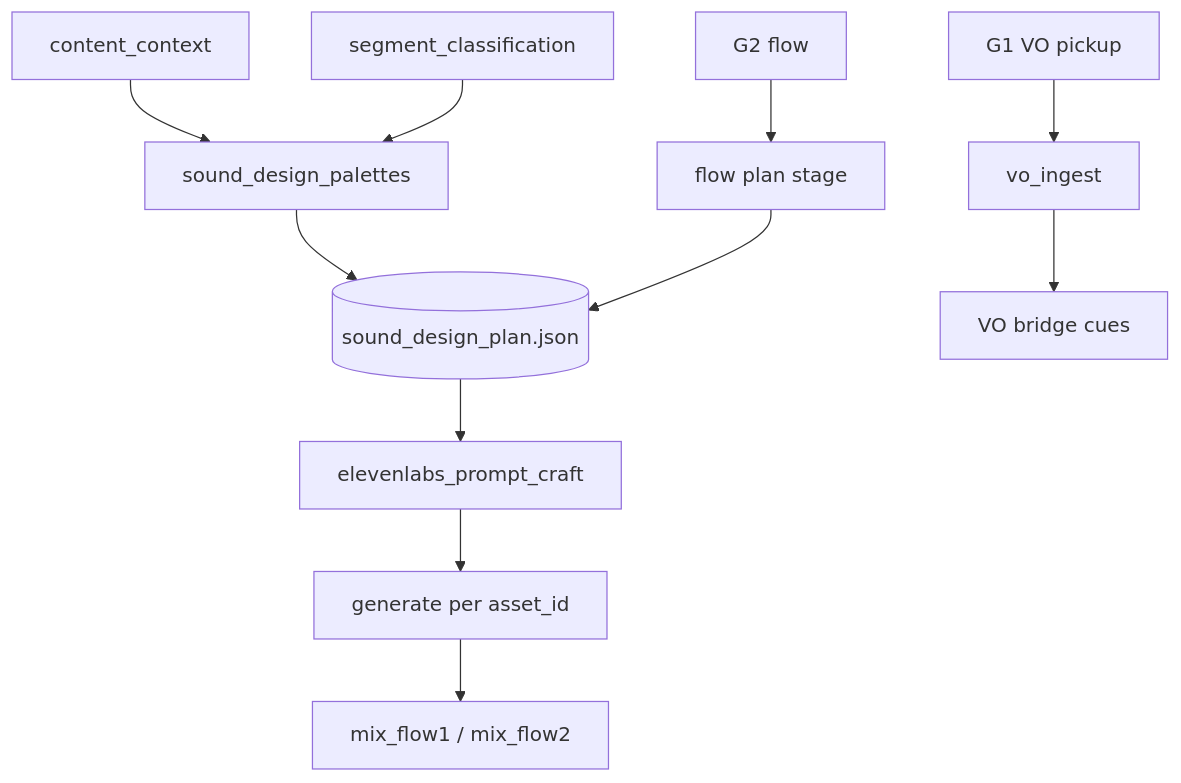
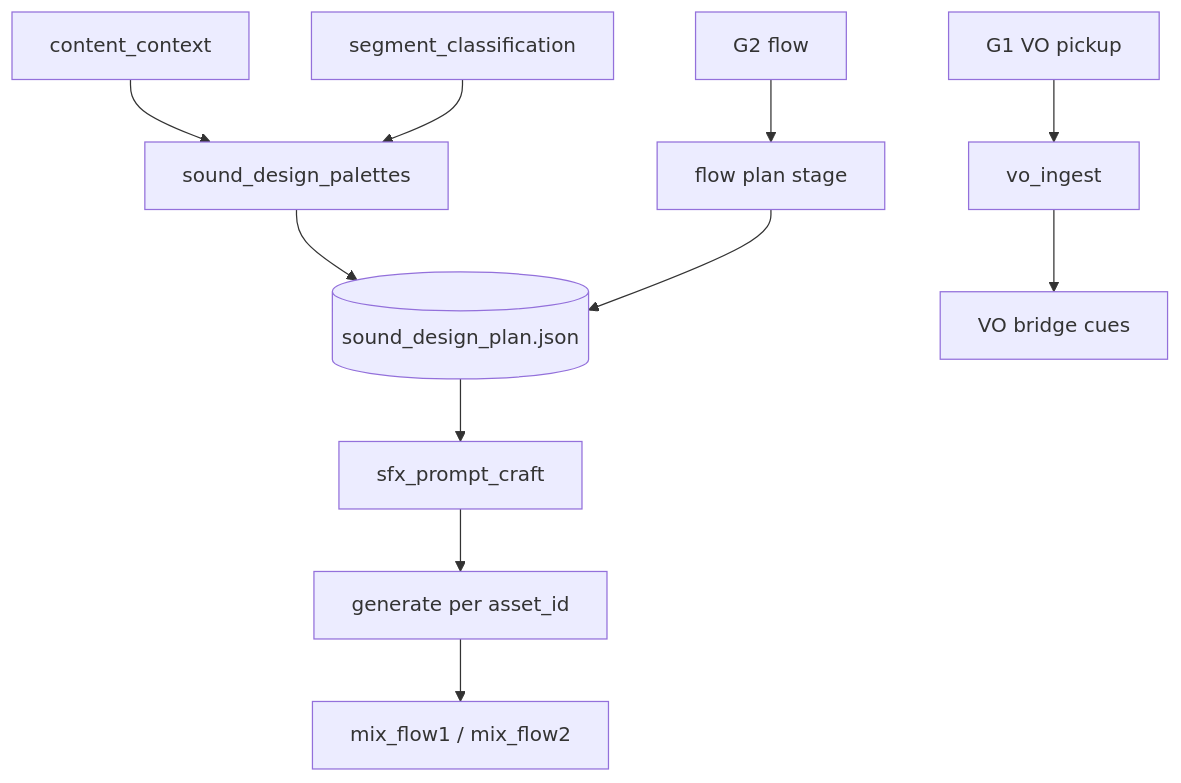
The first of 2 diagrams in docs/cross-cutting/sound-design.md (NicketUttarwar/interview_helper_mux), drawn with Mermaid before and after one commit. The commit also changed other lines of this file and 253 other files, not shown here.

````diff
--- a/docs/cross-cutting/sound-design.md
+++ b/docs/cross-cutting/sound-design.md
@@ -160,13 +160,13 @@
 ```mermaid
 flowchart TB
   CC[content_context] --> PAL[sound_design_palettes]
   SC[segment_classification] --> PAL
   PAL --> SDP[(sound_design_plan.json)]
   G1[G1 VO pickup] --> VO[vo_ingest]
   VO --> VO_CUES[VO bridge cues]
   G2[G2 flow] --> FPLAN[flow plan stage]
   FPLAN --> SDP
-  SDP --> CRAFT[elevenlabs_prompt_craft]
+  SDP --> CRAFT[sfx_prompt_craft]
   CRAFT --> GEN[generate per asset_id]
   GEN --> MIX[mix_flow1 / mix_flow2]
 ```
````
